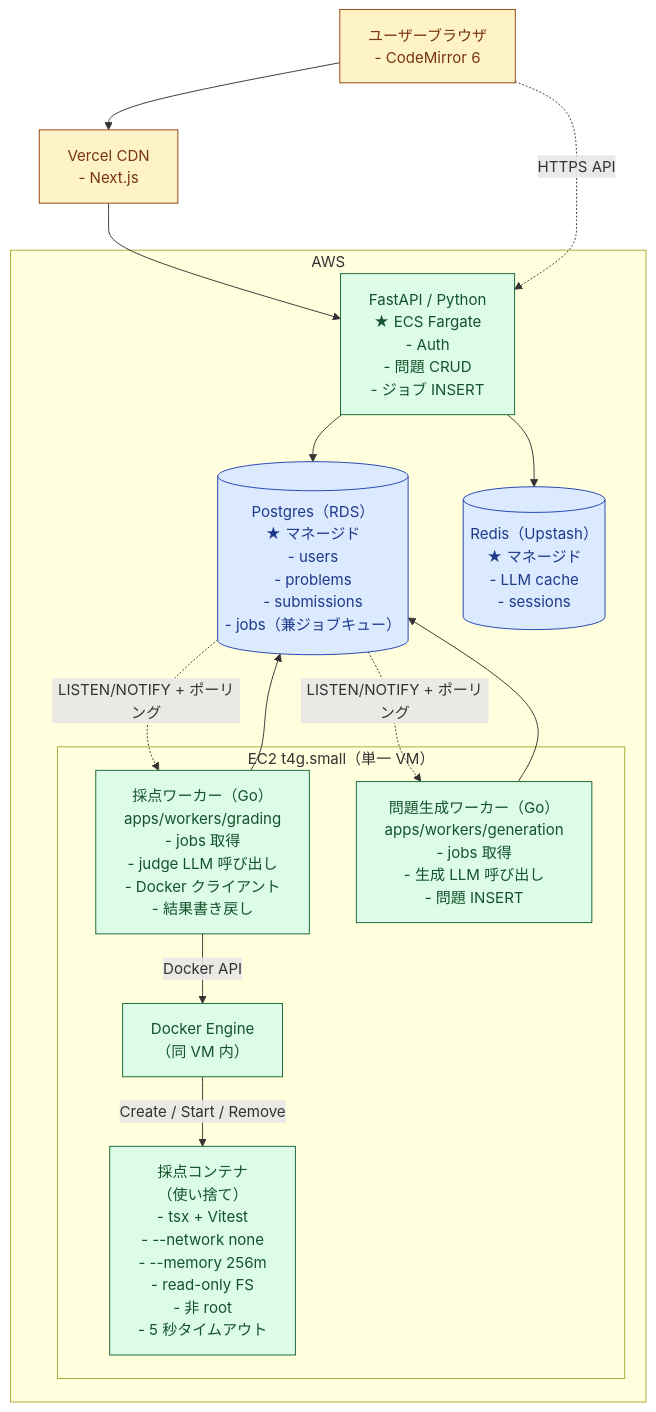
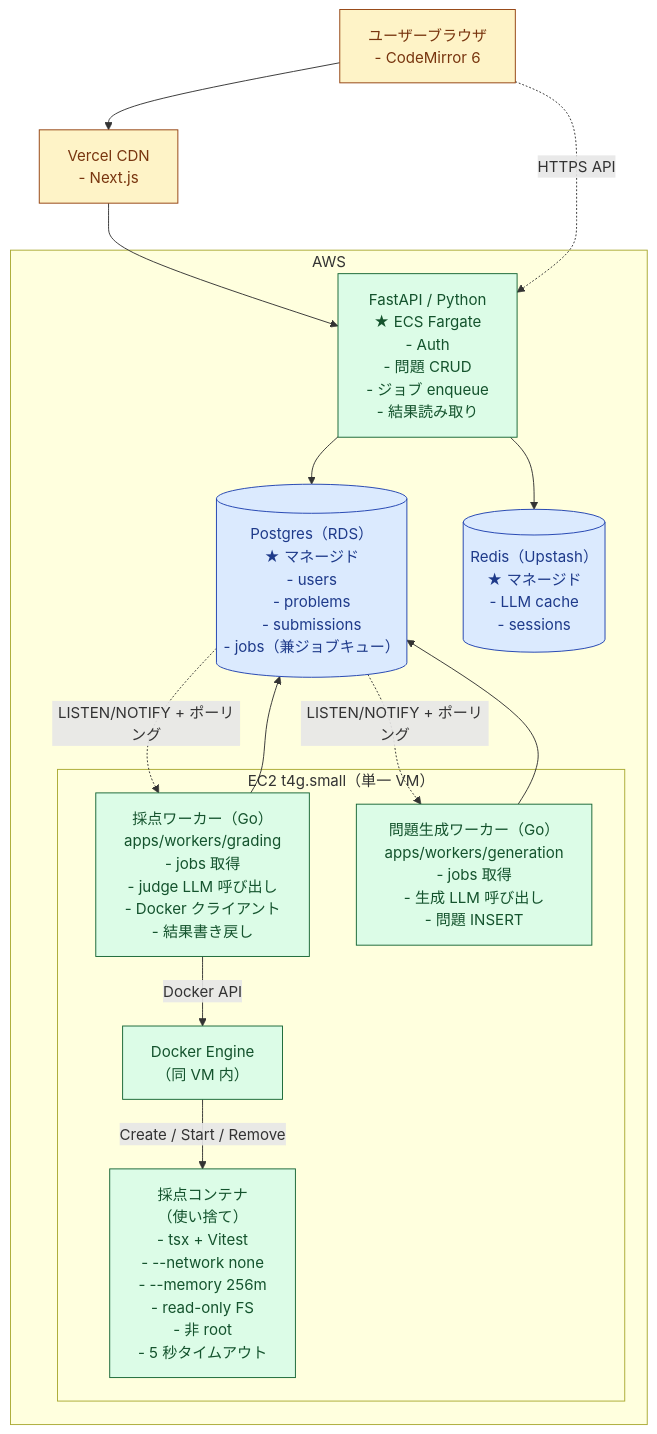
Before and after one commit to yzanbo/ai-coding-drill-python: the first of 2 diagrams in SYSTEM_OVERVIEW.md, drawn with Mermaid. The commit also changed other lines of this file and 8 other files, not shown here.

````diff
--- a/SYSTEM_OVERVIEW.md
+++ b/SYSTEM_OVERVIEW.md
@@ -9,37 +9,37 @@
 ```mermaid
 flowchart TB
     Browser["ユーザーブラウザ<br/>- CodeMirror 6"]
     CDN["Vercel CDN<br/>- Next.js"]
 
     subgraph aws["AWS"]
-        API["FastAPI / Python<br/>★ ECS Fargate<br/>- Auth<br/>- 問題 CRUD<br/>- ジョブ INSERT"]
+        API["FastAPI / Python<br/>★ ECS Fargate<br/>- Auth<br/>- 問題 CRUD<br/>- ジョブ enqueue<br/>- 結果読み取り"]
         DB[("Postgres（RDS）<br/>★ マネージド<br/>- users<br/>- problems<br/>- submissions<br/>- jobs（兼ジョブキュー）")]
         Redis[("Redis（Upstash）<br/>★ マネージド<br/>- LLM cache<br/>- sessions")]
 
         subgraph workerVM["EC2 t4g.small（単一 VM）"]
             WorkerGrading["採点ワーカー（Go）<br/>apps/workers/grading<br/>- jobs 取得<br/>- judge LLM 呼び出し<br/>- Docker クライアント<br/>- 結果書き戻し"]
             WorkerGen["問題生成ワーカー（Go）<br/>apps/workers/generation<br/>- jobs 取得<br/>- 生成 LLM 呼び出し<br/>- 問題 INSERT"]
             DockerEngine["Docker Engine<br/>（同 VM 内）"]
             Sandbox["採点コンテナ<br/>（使い捨て）<br/>- tsx + Vitest<br/>- --network none<br/>- --memory 256m<br/>- read-only FS<br/>- 非 root<br/>- 5 秒タイムアウト"]
         end
     end
 
     Browser --> CDN
     CDN --> API
     Browser -.->|"HTTPS API"| API
     API --> DB
     API --> Redis
     DB -.->|"LISTEN/NOTIFY + ポーリング"| WorkerGrading
     DB -.->|"LISTEN/NOTIFY + ポーリング"| WorkerGen
     WorkerGrading --> DB
     WorkerGen --> DB
     WorkerGrading -->|"Docker API"| DockerEngine
     DockerEngine -->|"Create / Start / Remove"| Sandbox
 
     classDef store fill:#dbeafe,stroke:#1e40af,color:#1e3a8a
     classDef compute fill:#dcfce7,stroke:#166534,color:#14532d
     classDef edge fill:#fef3c7,stroke:#92400e,color:#78350f
     class DB,Redis store
     class API,WorkerGrading,WorkerGen,DockerEngine,Sandbox compute
     class Browser,CDN edge
 ```
````
